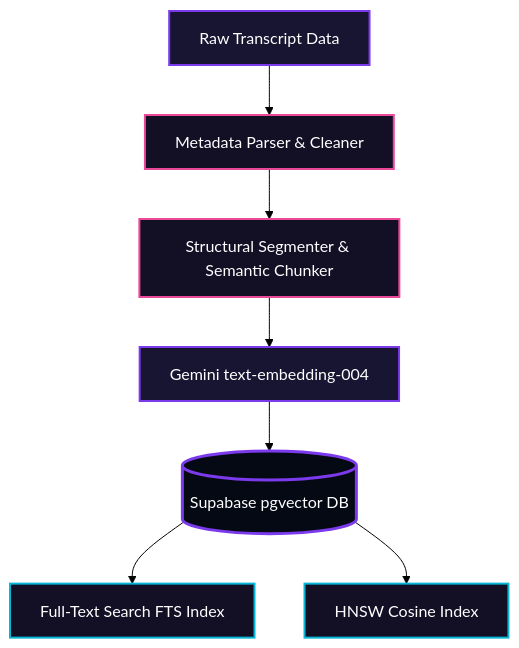
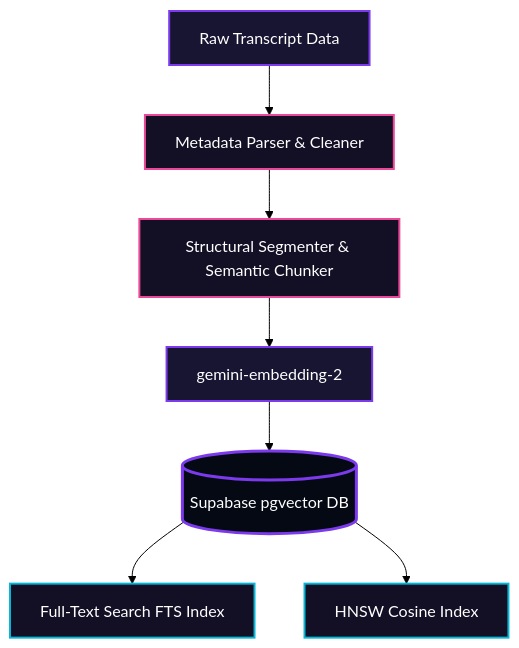
The first of 2 diagrams in README.md (hemangjain17/Lennys-Assisstant), drawn with Mermaid (forest theme) before and after one commit.

````diff
--- a/README.md
+++ b/README.md
@@ -52,17 +52,17 @@
 ```mermaid
 graph TD
     A[Raw Transcript Data] --> B[Metadata Parser & Cleaner]
     B --> C[Structural Segmenter & Semantic Chunker]
-    C --> D[Gemini text-embedding-004]
+    C --> D[gemini-embedding-2]
     D --> E[(Supabase pgvector DB)]
     E --> F[Full-Text Search FTS Index]
     E --> G[HNSW Cosine Index]
     
     style A fill:#181532,stroke:#7C3AED,stroke-width:2px,color:#fff
     style B fill:#131026,stroke:#EC4899,stroke-width:2px,color:#fff
     style C fill:#131026,stroke:#EC4899,stroke-width:2px,color:#fff
     style D fill:#181532,stroke:#7C3AED,stroke-width:2px,color:#fff
     style E fill:#050914,stroke:#7C3AED,stroke-width:3px,color:#fff
     style F fill:#131026,stroke:#06B6D4,stroke-width:2px,color:#fff
     style G fill:#131026,stroke:#06B6D4,stroke-width:2px,color:#fff
 ```
````
